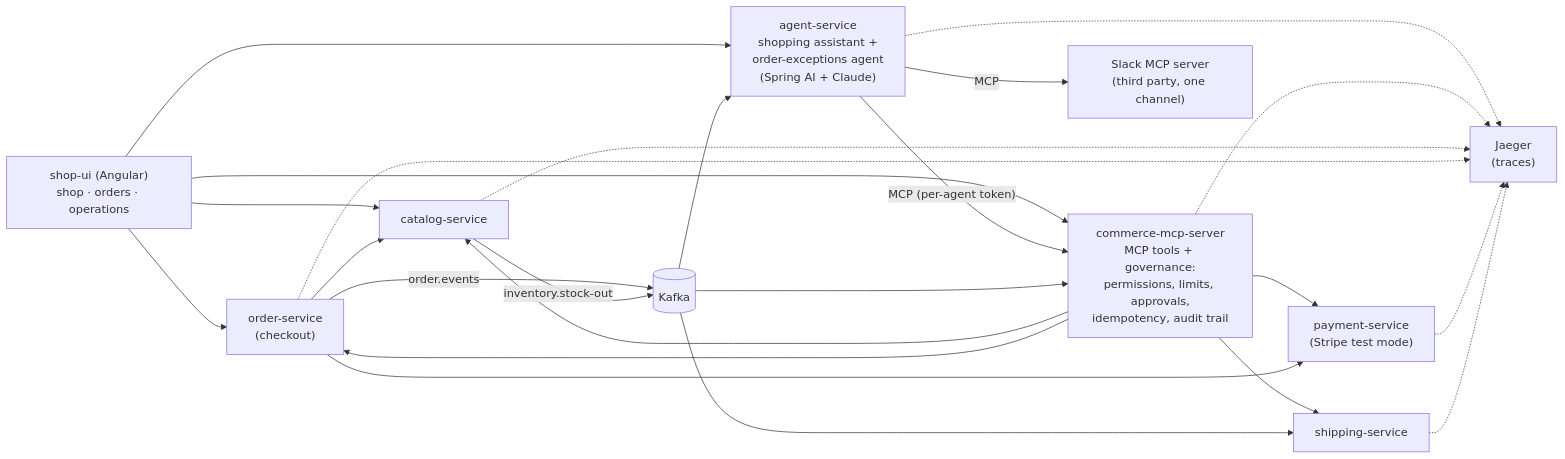
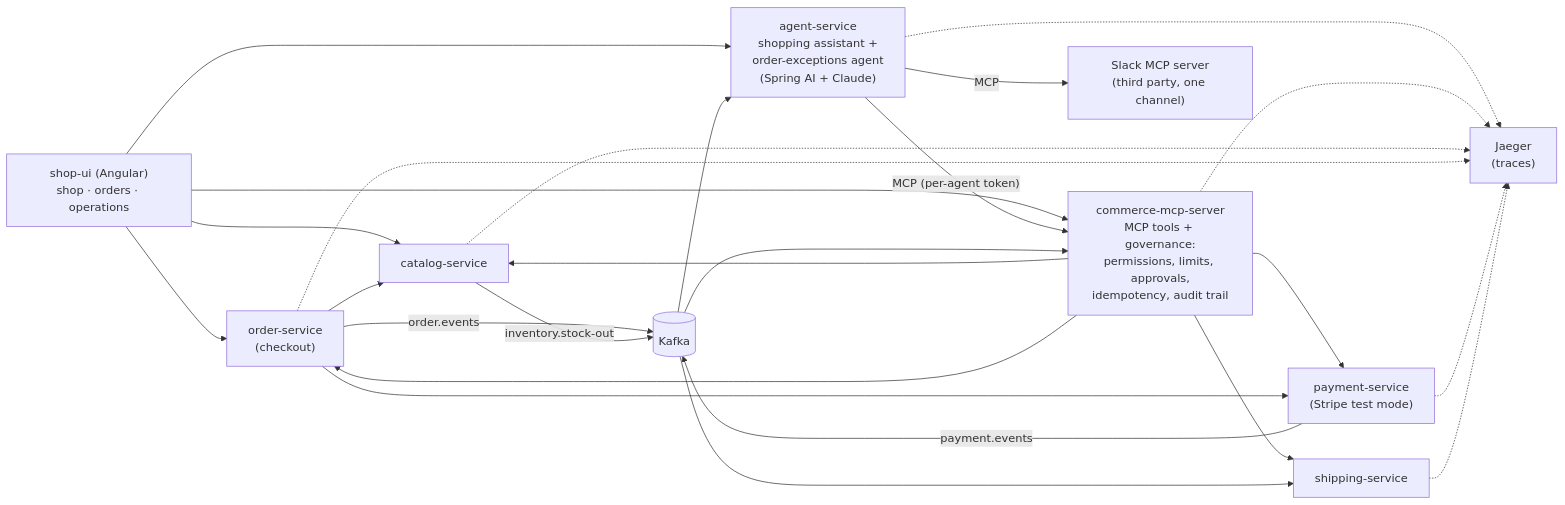
Before and after one commit to exepex/spring-ai-agentic-commerce: the diagram in README.md, drawn with Mermaid. The commit also changed other lines of this file and 14 other files, not shown here.

````diff
--- a/README.md
+++ b/README.md
@@ -30,23 +30,24 @@
 ```mermaid
 flowchart LR
     ui["shop-ui (Angular)<br/>shop · orders · operations"]
     agent["agent-service<br/>shopping assistant +<br/>order-exceptions agent<br/>(Spring AI + Claude)"]
     mcp["commerce-mcp-server<br/>MCP tools + governance:<br/>permissions, limits, approvals,<br/>idempotency, audit trail"]
     slack["Slack MCP server<br/>(third party, one channel)"]
     catalog["catalog-service"]
     orders["order-service<br/>(checkout)"]
     payments["payment-service<br/>(Stripe test mode)"]
     shipping["shipping-service"]
     kafka[("Kafka")]
     jaeger["Jaeger<br/>(traces)"]
 
     ui --> orders & catalog & agent & mcp
     agent -- "MCP (per-agent token)" --> mcp
     agent -- MCP --> slack
     mcp --> catalog & orders & payments & shipping
     orders --> catalog & payments
     orders -- order.events --> kafka
+    payments -- payment.events --> kafka
     catalog -- inventory.stock-out --> kafka
     kafka --> shipping & agent & mcp
     agent & mcp & catalog & orders & payments & shipping -.-> jaeger
 ```
````
